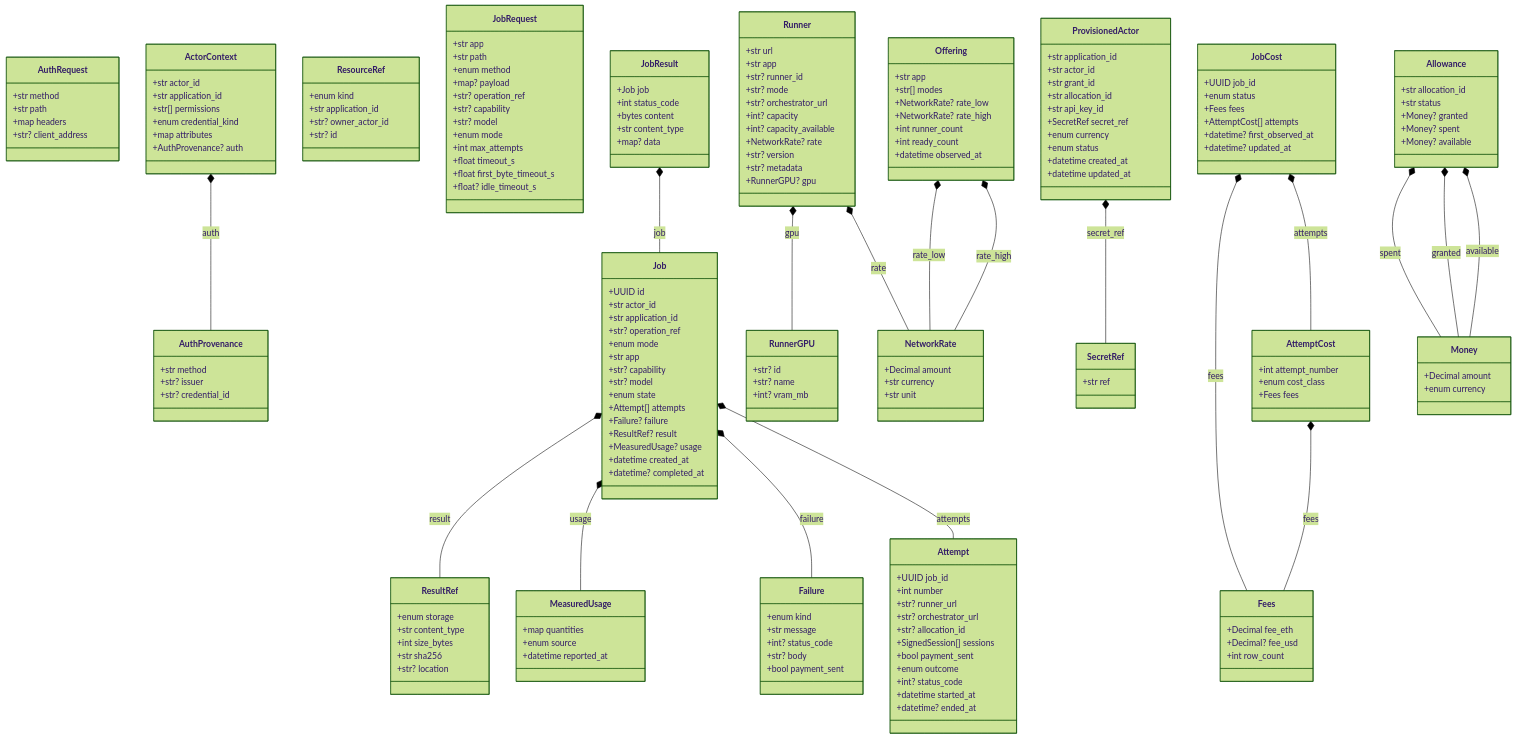
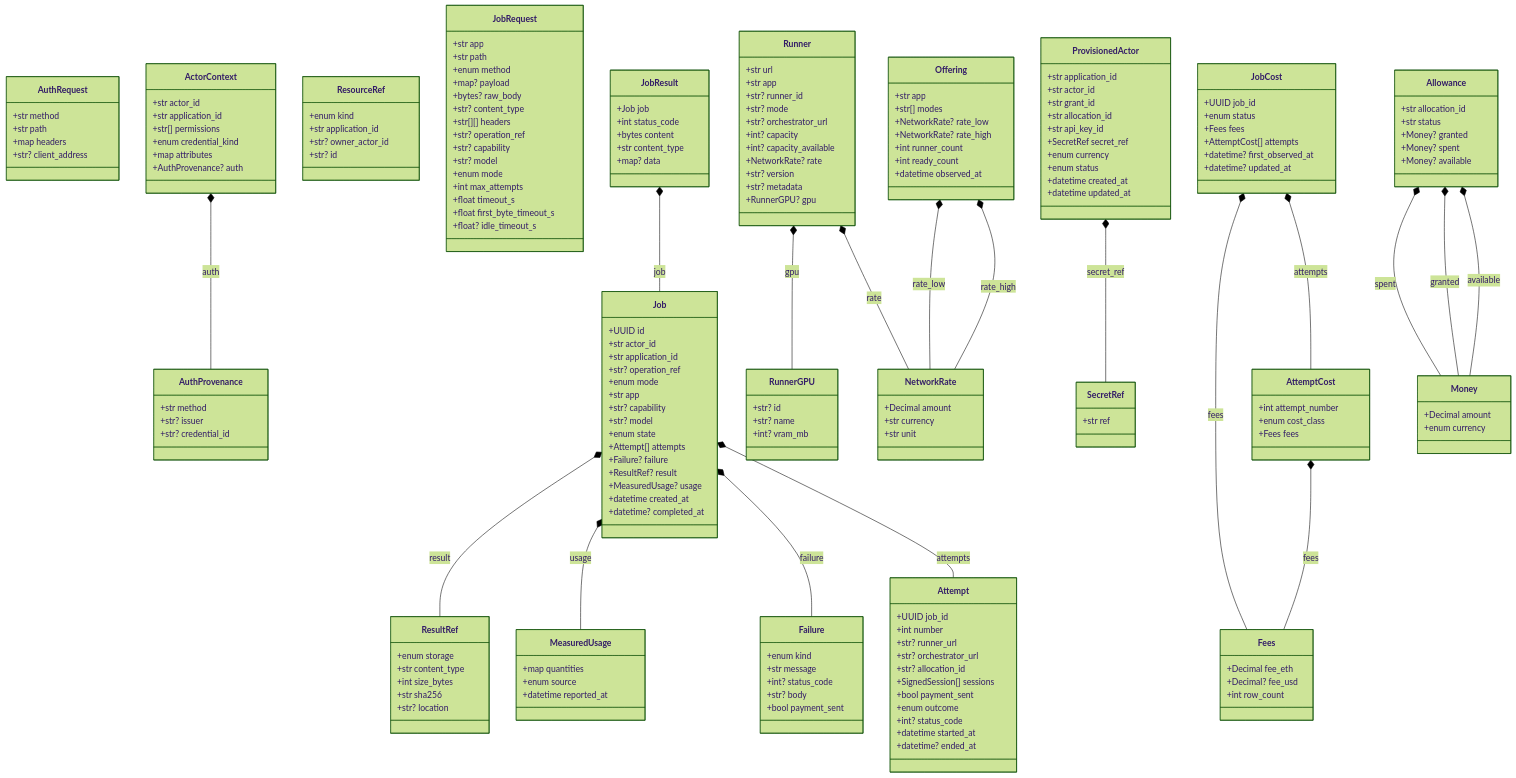
The diagram in docs/generated/contracts.md (NE-Build-Track/livepeer-builder-core), drawn with Mermaid (forest theme) before and after one commit. The commit also changed 20 other files, not shown here.

Commit message:
Add bounded raw HTTP jobs and stream response headers

```diff
--- a/docs/generated/contracts.md
+++ b/docs/generated/contracts.md
@@ -36,6 +36,9 @@
         +str path
         +enum method
         +map? payload
+        +bytes? raw_body
+        +str? content_type
+        +str[][] headers
         +str? operation_ref
         +str? capability
         +str? model
```
